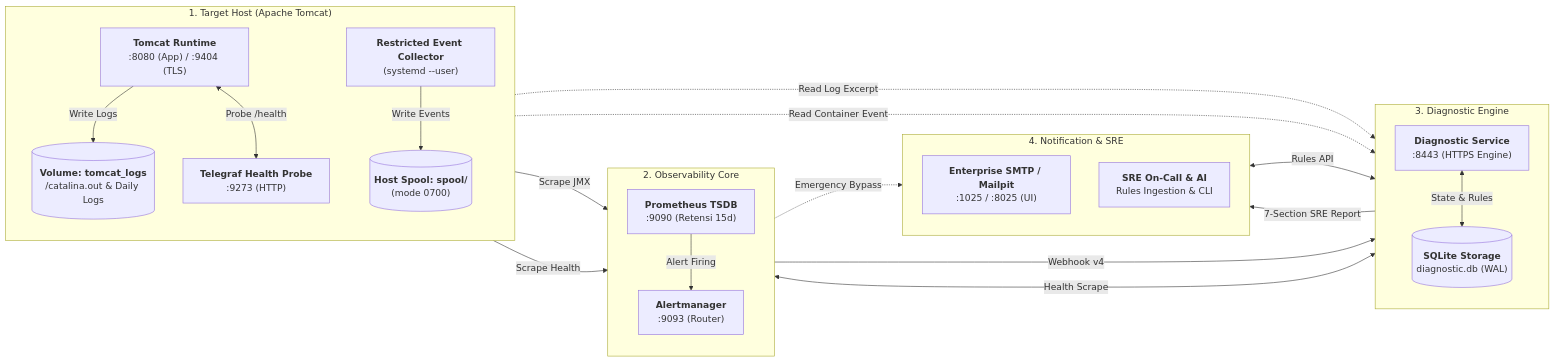
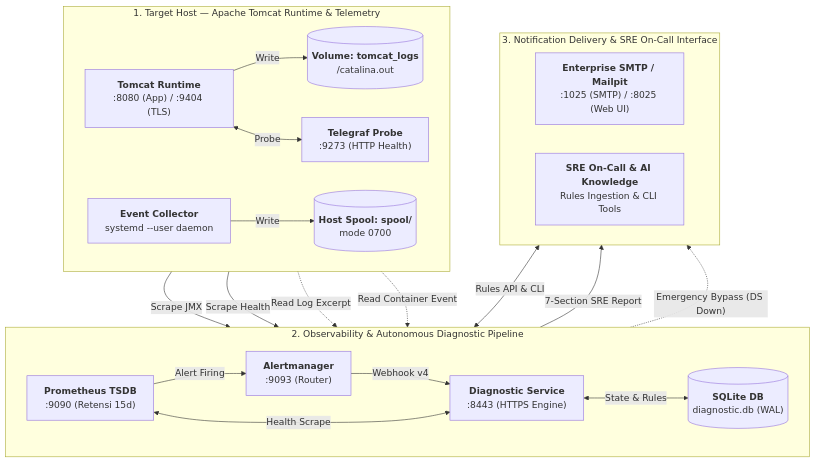
The diagram in README.md (edkas07-oss/tomcat-monitoring), drawn with Mermaid before and after one commit.

Commit message:
docs: optimize Mermaid architecture diagram to 3-tier compact layout

````diff
--- a/README.md
+++ b/README.md
@@ -25,48 +25,45 @@
 ```mermaid
-flowchart LR
-    subgraph Host ["1. Target Host (Apache Tomcat)"]
-        direction TB
+flowchart TD
+    subgraph Host ["1. Target Host — Apache Tomcat Runtime & Telemetry"]
+        direction LR
         TOMCAT["<b>Tomcat Runtime</b><br/>:8080 (App) / :9404 (TLS)"]
-        TELEGRAF["<b>Telegraf Health Probe</b><br/>:9273 (HTTP)"]
-        COLLECTOR["<b>Restricted Event Collector</b><br/>(systemd --user)"]
-        LOGS[("<b>Volume: tomcat_logs</b><br/>/catalina.out & Daily Logs")]
-        SPOOL[("<b>Host Spool: spool/</b><br/>(mode 0700)")]
+        TELEGRAF["<b>Telegraf Probe</b><br/>:9273 (HTTP Health)"]
+        COLLECTOR["<b>Event Collector</b><br/>systemd --user daemon"]
+        LOGS[("<b>Volume: tomcat_logs</b><br/>/catalina.out")]
+        SPOOL[("<b>Host Spool: spool/</b><br/>mode 0700")]
 
-        TOMCAT -->|"Write Logs"| LOGS
-        COLLECTOR -->|"Write Events"| SPOOL
-        TOMCAT <-->|"Probe /health"| TELEGRAF
+        TOMCAT -->|"Write"| LOGS
+        COLLECTOR -->|"Write"| SPOOL
+        TOMCAT <-->|"Probe"| TELEGRAF
     end
 
-    subgraph Monitor ["2. Observability Core"]
-        direction TB
+    subgraph Pipeline ["2. Observability & Autonomous Diagnostic Pipeline"]
+        direction LR
         PROM["<b>Prometheus TSDB</b><br/>:9090 (Retensi 15d)"]
         AM["<b>Alertmanager</b><br/>:9093 (Router)"]
+        DS["<b>Diagnostic Service</b><br/>:8443 (HTTPS Engine)"]
+        SQLITE[("<b>SQLite DB</b><br/>diagnostic.db (WAL)")]
 
         PROM -->|"Alert Firing"| AM
-    end
-
-    subgraph Engine ["3. Diagnostic Engine"]
-        direction TB
-        DS["<b>Diagnostic Service</b><br/>:8443 (HTTPS Engine)"]
-        SQLITE[("<b>SQLite Storage</b><br/>diagnostic.db (WAL)")]
-
+        AM -->|"Webhook v4"| DS
+        PROM <-->|"Health Scrape"| DS
         DS <-->|"State & Rules"| SQLITE
     end
 
-    subgraph Delivery ["4. Notification & SRE"]
-        direction TB
-        MAILPIT["<b>Enterprise SMTP / Mailpit</b><br/>:1025 / :8025 (UI)"]
-        SRE["<b>SRE On-Call & AI</b><br/>Rules Ingestion & CLI"]
+    subgraph Operations ["3. Notification Delivery & SRE On-Call Interface"]
+        direction LR
+        MAILPIT["<b>Enterprise SMTP / Mailpit</b><br/>:1025 (SMTP) / :8025 (Web UI)"]
+        SRE["<b>SRE On-Call & AI Knowledge</b><br/>Rules Ingestion & CLI Tools"]
     end
 
-    %% Pipeline Interconnections (Left to Right)
+    %% Cross-Tier Connections (Layer 1 -> Layer 2)
     TOMCAT -->|"Scrape JMX"| PROM
     TELEGRAF -->|"Scrape Health"| PROM
-    AM -->|"Webhook v4"| DS
-    PROM <-->|"Health Scrape"| DS
     LOGS -.->|"Read Log Excerpt"| DS
     SPOOL -.->|"Read Container Event"| DS
+
+    %% Cross-Tier Output (Layer 2 -> Layer 3)
     DS -->|"7-Section SRE Report"| MAILPIT
-    AM -.->|"Emergency Bypass"| MAILPIT
-    SRE <-->|"Rules API"| DS
+    AM -.->|"Emergency Bypass (DS Down)"| MAILPIT
+    SRE <-->|"Rules API & CLI"| DS
 ```
````
